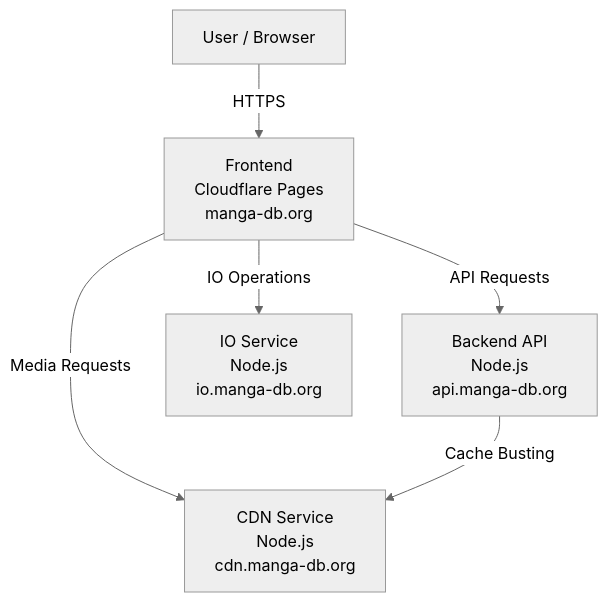
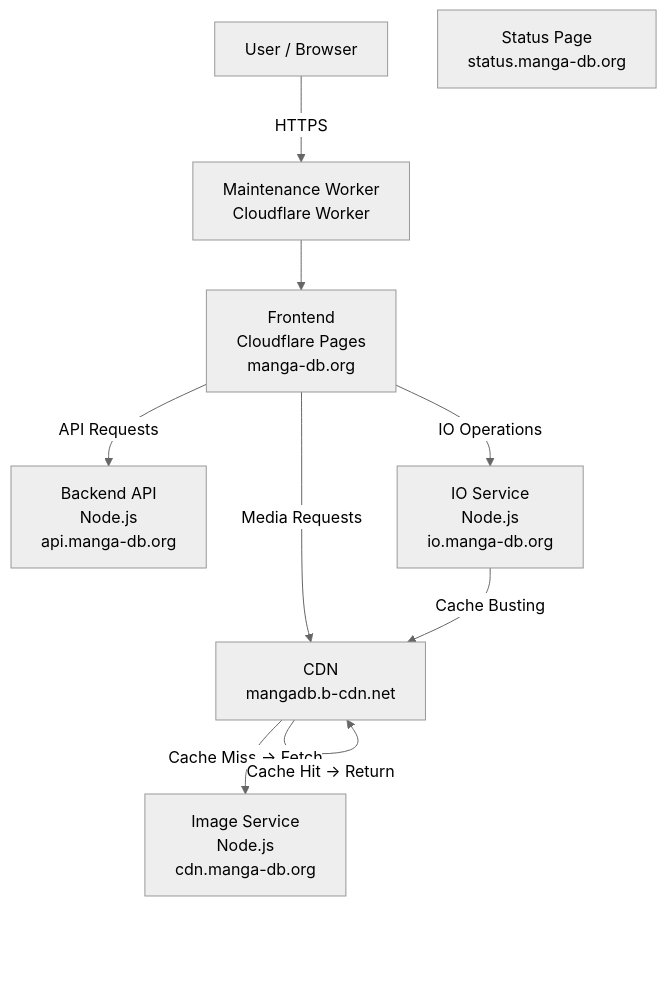
The diagram in docs/system/architecture.md (Nico-Src/mangadb_docs), drawn with Mermaid (neutral theme) before and after one commit. The commit also changed other lines of this file, not shown here.

First line of the commit message:
Enhance architecture documentation with new components

````diff
--- a/docs/system/architecture.md
+++ b/docs/system/architecture.md
@@ -10,12 +10,19 @@
 ```mermaid
 graph TD
     U[User / Browser]
 
-    U -->|HTTPS| FE[Frontend<br/>Cloudflare Pages<br/>manga-db.org]
+    U -->|HTTPS| MW[Maintenance Worker<br/>Cloudflare Worker]
+
+    MW --> FE[Frontend<br/>Cloudflare Pages<br/>manga-db.org]
 
     FE -->|API Requests| API[Backend API<br/>Node.js<br/>api.manga-db.org]
-    FE -->|Media Requests| CDN[CDN Service<br/>Node.js<br/>cdn.manga-db.org]
+    FE -->|Media Requests| CDN[CDN<br/>mangadb.b-cdn.net]
     FE -->|IO Operations| IO[IO Service<br/>Node.js<br/>io.manga-db.org]
 
-    API -->|Cache Busting| CDN
+    CDN -->|Cache Miss → Fetch| IMG[Image Service<br/>Node.js<br/>cdn.manga-db.org]
+    CDN -->|Cache Hit → Return| CDN
+
+    IO -->|Cache Busting| CDN
+
+    STATUS[Status Page<br/>status.manga-db.org]
 ```
````
